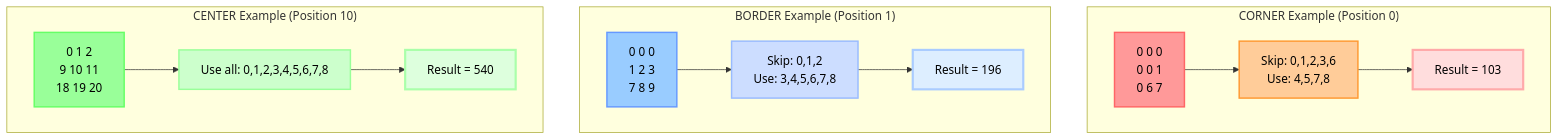
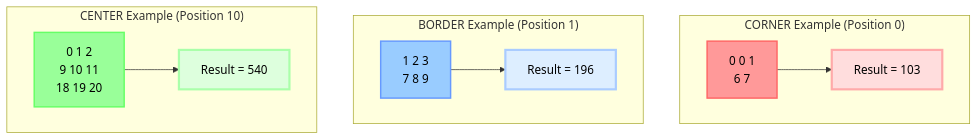
One commit to jalcim/logilib changed the seventh of 12 diagrams in src/tensor/README.md. Above: the diagram before and after it, drawn with Mermaid. The commit also changed other lines of this file and 1 other file, not shown here.

````diff
--- a/src/tensor/README.md
+++ b/src/tensor/README.md
@@ -119,39 +119,31 @@
 ```mermaid
 graph TD
     subgraph "CORNER Example (Position 0)"
-        A1[0 0 0<br/>0 0 1<br/>0 6 7] --> B1[Skip: 0,1,2,3,6<br/>Use: 4,5,7,8] --> C1[Result = 103]
+        A1[0 0 1<br/>6 7] --> C1[Result = 103]
     end
 
     subgraph "BORDER Example (Position 1)"
-        A2[0 0 0<br/>1 2 3<br/>7 8 9] --> B2[Skip: 0,1,2<br/>Use: 3,4,5,6,7,8] --> C2[Result = 196]
+        A2[1 2 3<br/>7 8 9] --> C2[Result = 196]
     end
 
     subgraph "CENTER Example (Position 10)"
-        A3[0 1 2<br/>9 10 11<br/>18 19 20] --> B3[Use all: 0,1,2,3,4,5,6,7,8] --> C3[Result = 540]
+        A3[0 1 2<br/>9 10 11<br/>18 19 20] --> C3[Result = 540]
     end
 
     classDef cornerData fill:#ff9999,stroke:#ff6666,stroke-width:2px,color:#000
     classDef borderData fill:#99ccff,stroke:#6699ff,stroke-width:2px,color:#000
     classDef centerData fill:#99ff99,stroke:#66ff66,stroke-width:2px,color:#000
-
-    classDef cornerProcess fill:#ffcc99,stroke:#ff9933,stroke-width:2px,color:#000
-    classDef borderProcess fill:#ccddff,stroke:#99bbff,stroke-width:2px,color:#000
-    classDef centerProcess fill:#ccffcc,stroke:#99ff99,stroke-width:2px,color:#000
 
     classDef cornerResult fill:#ffdddd,stroke:#ffaaaa,stroke-width:3px,color:#000
     classDef borderResult fill:#ddeeff,stroke:#aaccff,stroke-width:3px,color:#000
     classDef centerResult fill:#ddffdd,stroke:#aaffaa,stroke-width:3px,color:#000
 
     class A1 cornerData
     class A2 borderData
     class A3 centerData
 
-    class B1 cornerProcess
-    class B2 borderProcess
-    class B3 centerProcess
-
     class C1 cornerResult
     class C2 borderResult
     class C3 centerResult
 
 ```
````
